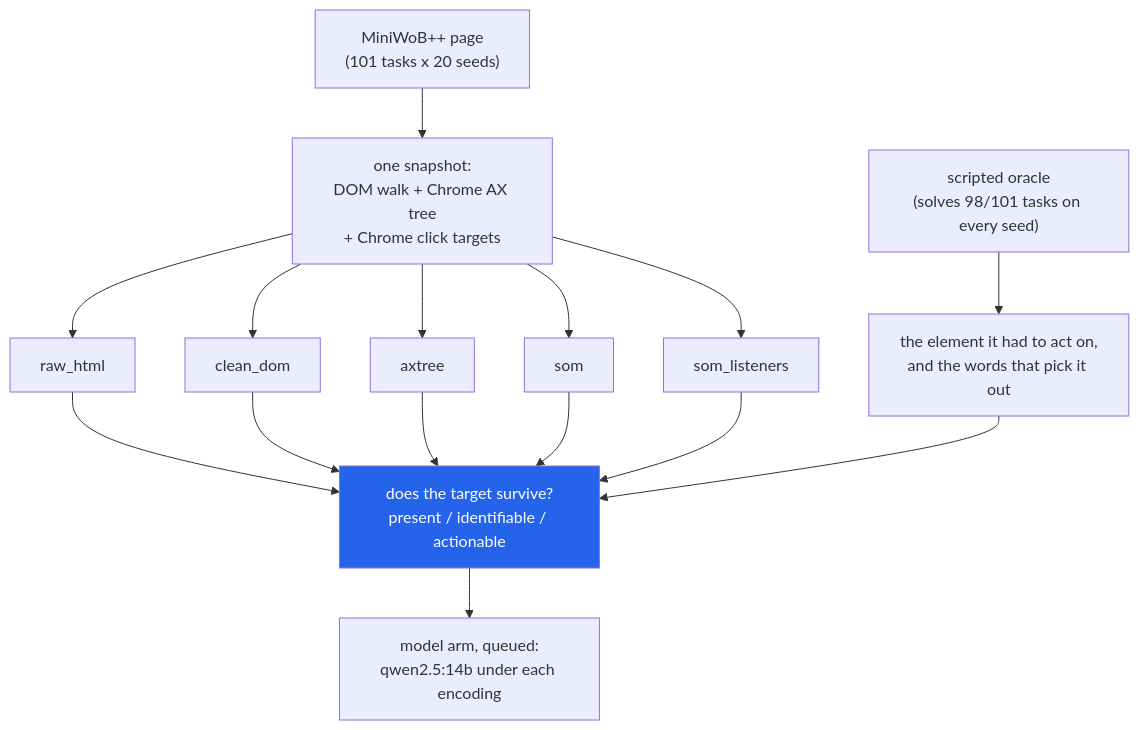
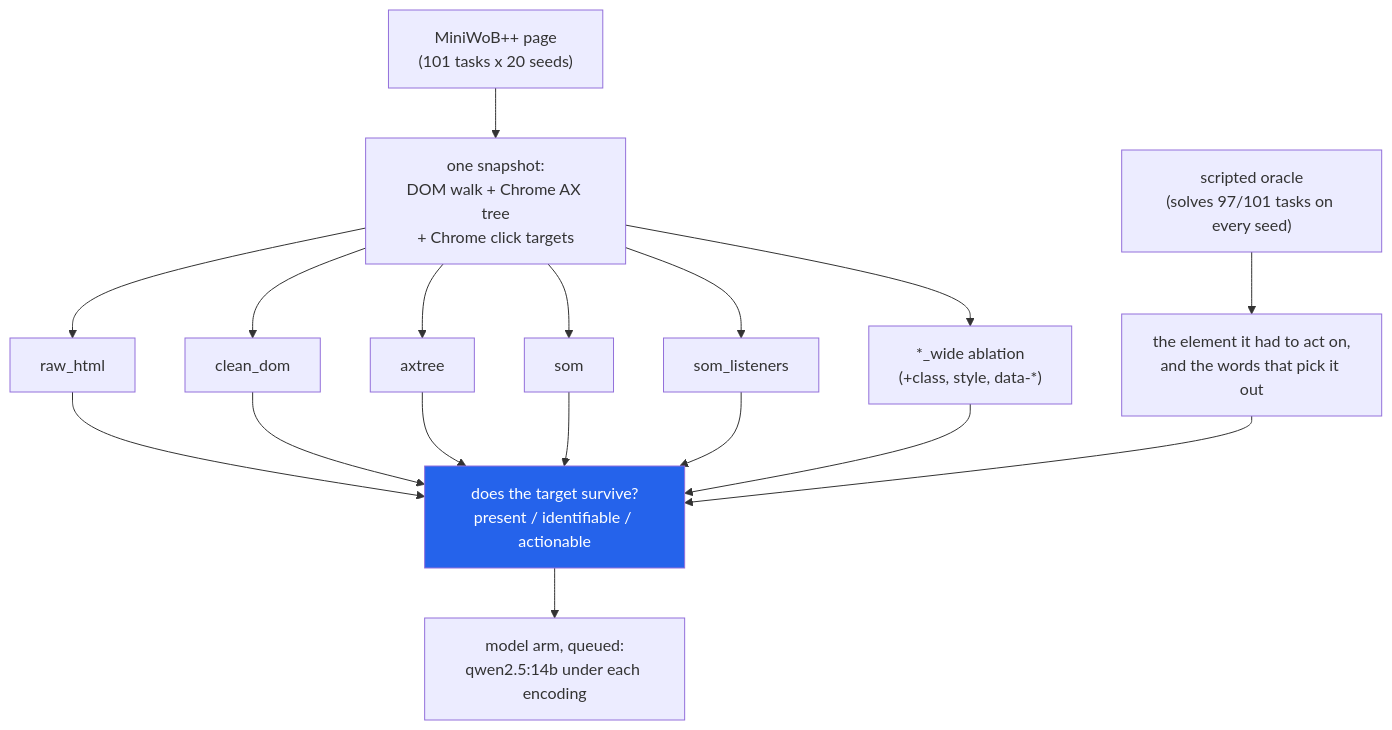
Before and after one commit to hammasbuilds/browser-agent: the diagram in README.md, drawn with Mermaid. The commit also changed other lines of this file and 11 other files, not shown here.

Commit message:
Regenerated results with the allow-list ablation and need-source tagging; wide attribution run; README and STATUS rescored

````diff
--- a/README.md
+++ b/README.md
@@ -29,19 +29,21 @@
 ```mermaid
 flowchart TD
     A["MiniWoB++ page<br/>(101 tasks x 20 seeds)"] --> B["one snapshot:<br/>DOM walk + Chrome AX tree<br/>+ Chrome click targets"]
     B --> C1["raw_html"]
     B --> C2["clean_dom"]
     B --> C3["axtree"]
     B --> C4["som"]
     B --> C5["som_listeners"]
-    O["scripted oracle<br/>(solves 98/101 tasks on every seed)"] --> T["the element it had to act on,<br/>and the words that pick it out"]
+    B --> C6["*_wide ablation<br/>(+class, style, data-*)"]
+    O["scripted oracle<br/>(solves 97/101 tasks on every seed)"] --> T["the element it had to act on,<br/>and the words that pick it out"]
     C1 --> S["does the target survive?<br/>present / identifiable / actionable"]
     C2 --> S
     C3 --> S
     C4 --> S
     C5 --> S
+    C6 --> S
     T --> S
     S --> M["model arm, queued:<br/>qwen2.5:14b under each encoding"]
 
     style S fill:#2563eb,color:#fff
 ```
````
